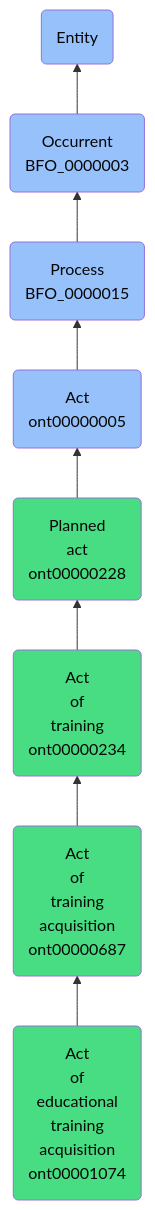
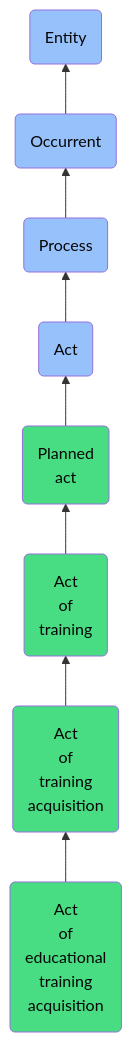
The diagram in docs/ontology/reference/model/Entity/Occurrent/Process/Act/Planned act/Act of training/Act of training acquisition/Act of educational training acquisition/Act of educational training acquisition.md (jupyter-naas/abi), drawn with Mermaid before and after one commit. The commit also changed other lines of this file and 1430 other files, not shown here.

````diff
--- a/docs/ontology/reference/model/Entity/Occurrent/Process/Act/Planned act/Act of training/Act of training acquisition/Act of educational training acquisition/Act of educational training acquisition.md
+++ b/docs/ontology/reference/model/Entity/Occurrent/Process/Act/Planned act/Act of training/Act of training acquisition/Act of educational training acquisition/Act of educational training acquisition.md
@@ -24,15 +24,15 @@
 ```mermaid
 graph BT
-    ont00001074(Act<br>of<br>educational<br>training<br>acquisition<br>ont00001074):::ABI-->ont00000687
-    ont00000687(Act<br>of<br>training<br>acquisition<br>ont00000687):::ABI-->ont00000234
-    ont00000234(Act<br>of<br>training<br>ont00000234):::ABI-->ont00000228
-    ont00000228(Planned<br>act<br>ont00000228):::ABI-->ont00000005
-    ont00000005(Act<br>ont00000005):::BFO-->BFO_0000015
-    BFO_0000015(Process<br>BFO_0000015):::BFO-->BFO_0000003
-    BFO_0000003(Occurrent<br>BFO_0000003):::BFO-->BFO_0000001
+    ont00001074(Act<br>of<br>educational<br>training<br>acquisition):::ABI-->ont00000687
+    ont00000687(Act<br>of<br>training<br>acquisition):::ABI-->ont00000234
+    ont00000234(Act<br>of<br>training):::ABI-->ont00000228
+    ont00000228(Planned<br>act):::ABI-->ont00000005
+    ont00000005(Act):::BFO-->BFO_0000015
+    BFO_0000015(Process):::BFO-->BFO_0000003
+    BFO_0000003(Occurrent):::BFO-->BFO_0000001
     BFO_0000001(Entity):::BFO
     
     classDef BFO fill:#97c1fb,color:#060606
     classDef CCO fill:#e4c51e,color:#060606
     classDef ABI fill:#48DD82,color:#060606
 ```
````
